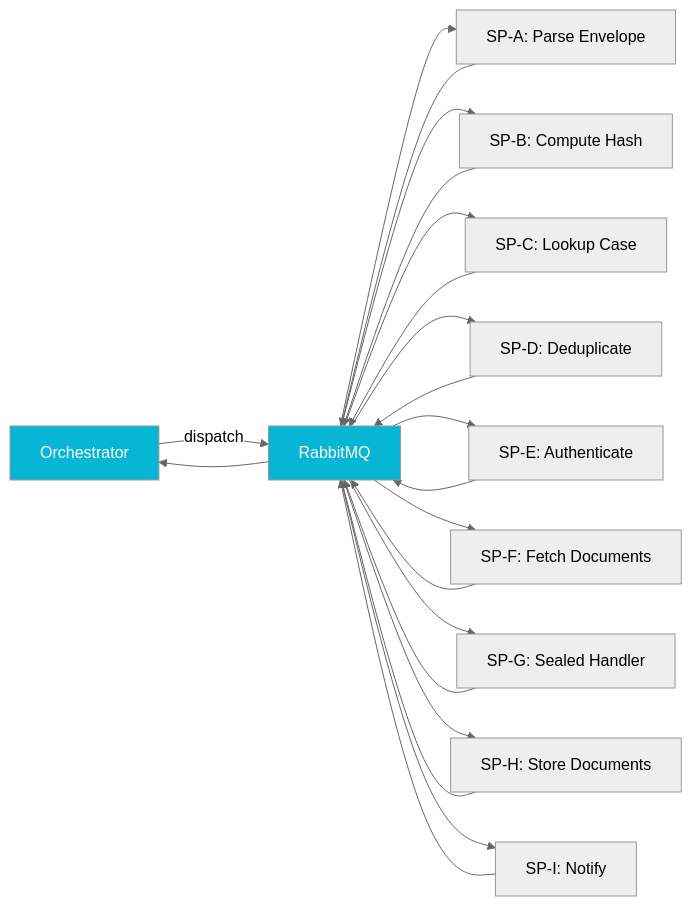
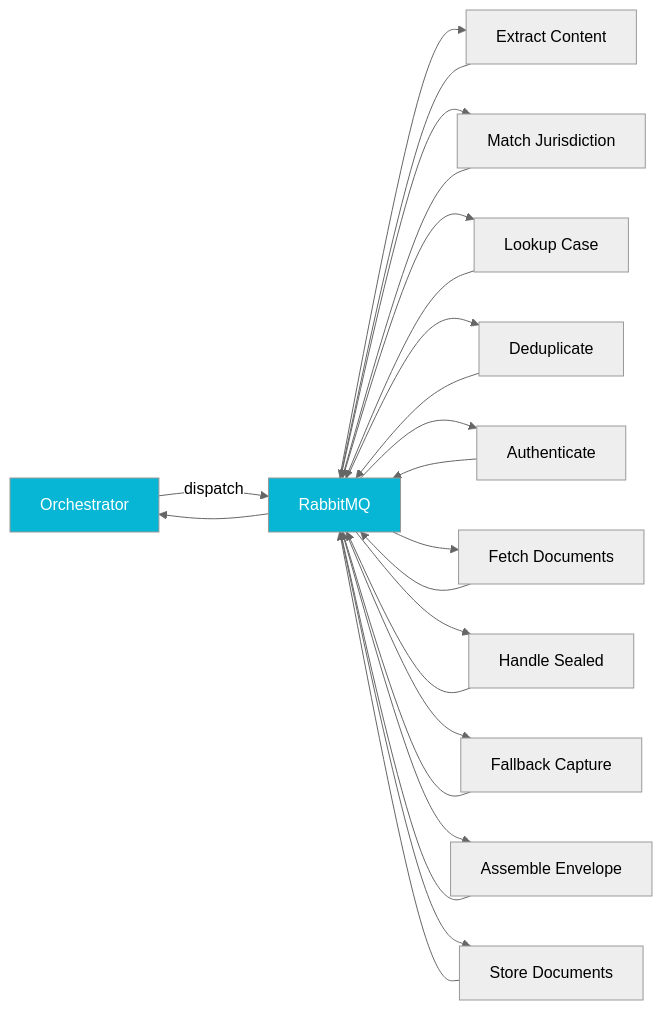
Before and after one commit to phatjam98/portfolio: the diagram in src/content/case-studies/pipeline-workers.mdx, drawn with Mermaid (neutral theme). The commit also changed other lines of this file and 12 other files, not shown here.

````diff
--- a/src/content/case-studies/pipeline-workers.mdx
+++ b/src/content/case-studies/pipeline-workers.mdx
@@ -26,25 +26,27 @@
 ```mermaid
 graph LR
     O[Orchestrator] -->|dispatch| Q[RabbitMQ]
-    Q --> A[SP-A: Parse Envelope]
-    Q --> B[SP-B: Compute Hash]
-    Q --> C[SP-C: Lookup Case]
-    Q --> D[SP-D: Deduplicate]
-    Q --> E[SP-E: Authenticate]
-    Q --> F[SP-F: Fetch Documents]
-    Q --> G[SP-G: Sealed Handler]
-    Q --> H[SP-H: Store Documents]
-    Q --> I[SP-I: Notify]
+    Q --> A[Extract Content]
+    Q --> B[Match Jurisdiction]
+    Q --> C[Lookup Case]
+    Q --> D[Deduplicate]
+    Q --> E[Authenticate]
+    Q --> F[Fetch Documents]
+    Q --> G[Handle Sealed]
+    Q --> H[Fallback Capture]
+    Q --> I[Assemble Envelope]
+    Q --> J[Store Documents]
     A --> Q
     B --> Q
     C --> Q
     D --> Q
     E --> Q
     F --> Q
     G --> Q
     H --> Q
     I --> Q
+    J --> Q
     Q --> O
     style O fill:#06b6d4,color:#fff
     style Q fill:#06b6d4,color:#fff
 ```
````
